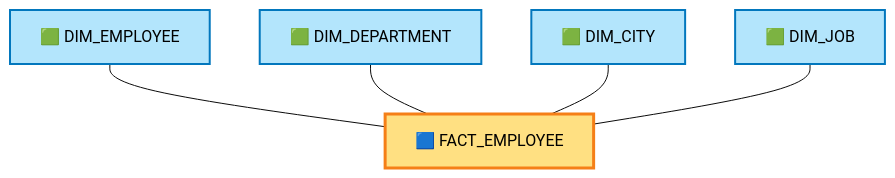
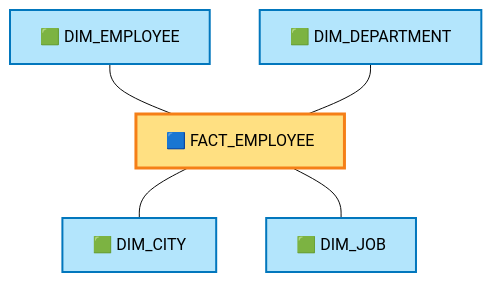
The ninth of 9 diagrams in 03) Snowflake/60.1) Data Modelling/02) STAR schema/02) STAR schema.md (Kshitijavir/aws-pipelines-september-2026), drawn with Mermaid (base theme) before and after one commit. The commit also changed other lines of this file, not shown here.

First line of the commit message:
Arrange star schema diagrams with dimensions around the fact table

````diff
--- a/03) Snowflake/60.1) Data Modelling/02) STAR schema/02) STAR schema.md
+++ b/03) Snowflake/60.1) Data Modelling/02) STAR schema/02) STAR schema.md
@@ -491,18 +491,18 @@
 ```mermaid
 flowchart TB
     E1["🟩 DIM_EMPLOYEE"]
     E2["🟩 DIM_DEPARTMENT"]
+    EF["🟦 FACT_EMPLOYEE"]
     E3["🟩 DIM_CITY"]
     E4["🟩 DIM_JOB"]
-    EF["🟦 FACT_EMPLOYEE"]
 
     E1 --- EF
     E2 --- EF
-    E3 --- EF
-    E4 --- EF
+    EF --- E3
+    EF --- E4
 
     classDef fact fill:#ffe082,stroke:#f57f17,stroke-width:3px,color:#000000
     classDef dim fill:#b3e5fc,stroke:#0277bd,stroke-width:2px,color:#000000
     class EF fact
     class E1,E2,E3,E4 dim
 ```
````
